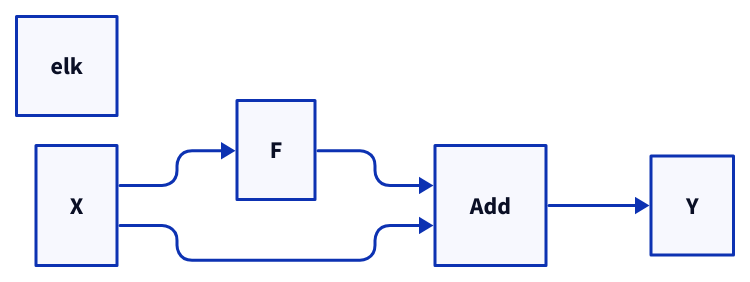
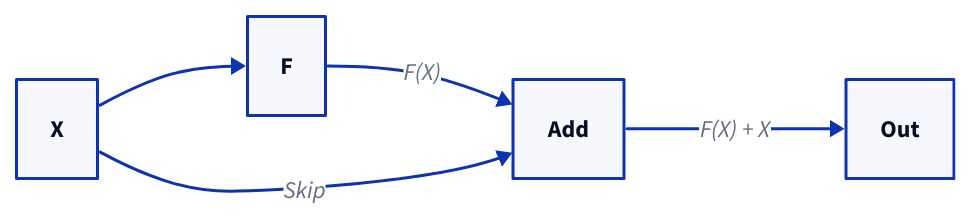
The diagram in images/gpu-memory-mental-model/residual-connection.d2 (111qqz/111qqz.github.io), drawn with D2 before and after one commit. The commit also changed 4262 other files, not shown here.

Commit message:
fix: 修复 D2 配图显示尺寸过大问题并优化文章图表布局 111qqz/hugo-blog@676d4325cba7819ac391c37e539dd3b8ec0dd11f

```diff
--- a/images/gpu-memory-mental-model/residual-connection.d2
+++ b/images/gpu-memory-mental-model/residual-connection.d2
@@ -1,7 +1,6 @@
-layout-engine: elk
 direction: right
 
 X -> F
-F -> Add
-X -> Add
-Add -> Y
+F -> Add: F(X)
+X -> Add: Skip
+Add -> Out: F(X) + X
```
